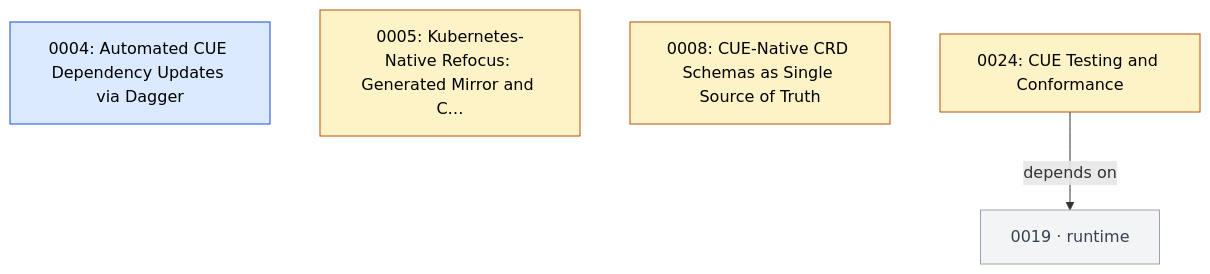
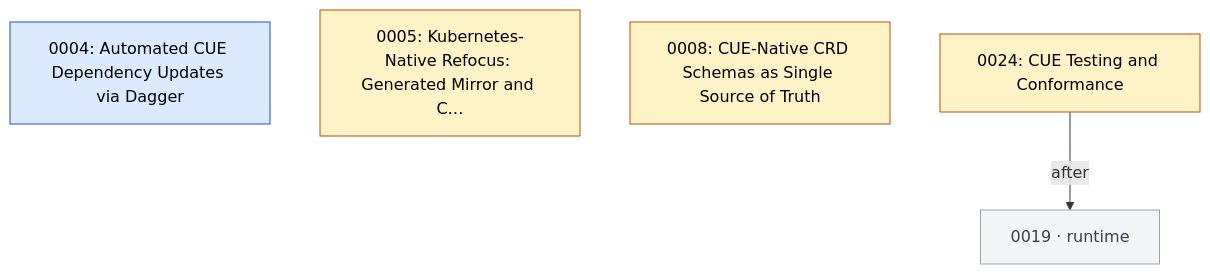
Before and after one commit to open-platform-model/enhancements: the fifth of 6 diagrams in GRAPH.md, drawn with Mermaid. The commit also changed other lines of this file and 2 other files, not shown here.

Commit message:
docs: generate the README of 0013 and refresh INDEX and GRAPH

````diff
--- a/GRAPH.md
+++ b/GRAPH.md
@@ -194,19 +177,19 @@
 ```mermaid
 graph TD
   classDef draft       fill:#fef3c7,stroke:#b45309,color:#000
   classDef accepted    fill:#dbeafe,stroke:#1d4ed8,color:#000
   classDef rejected    fill:#fee2e2,stroke:#b91c1c,color:#7f1d1d,stroke-dasharray:4 2
+  classDef withdrawn   fill:#fef2f2,stroke:#b91c1c,color:#7f1d1d,stroke-dasharray:1 3
   classDef superseded  fill:#e5e7eb,stroke:#6b7280,color:#6b7280
   classDef delivered   fill:#dcfce7,stroke:#15803d,color:#14532d
-  classDef legacy      fill:#fafafa,stroke:#9ca3af,color:#6b7280,stroke-dasharray:3 3
   classDef stub        fill:#f3f4f6,stroke:#9ca3af,color:#374151
   classDef category    fill:#ede9fe,stroke:#6d28d9,color:#000
 
   N0004["0004: Automated CUE Dependency Updates via Dagger"]:::accepted
   N0005["0005: Kubernetes-Native Refocus: Generated Mirror and C…"]:::draft
   N0008["0008: CUE-Native CRD Schemas as Single Source of Truth"]:::draft
   N0024["0024: CUE Testing and Conformance"]:::draft
   N0019["0019 · runtime"]:::stub
 
-  N0024 -->|depends on| N0019
+  N0024 -->|after| N0019
 ```
````
